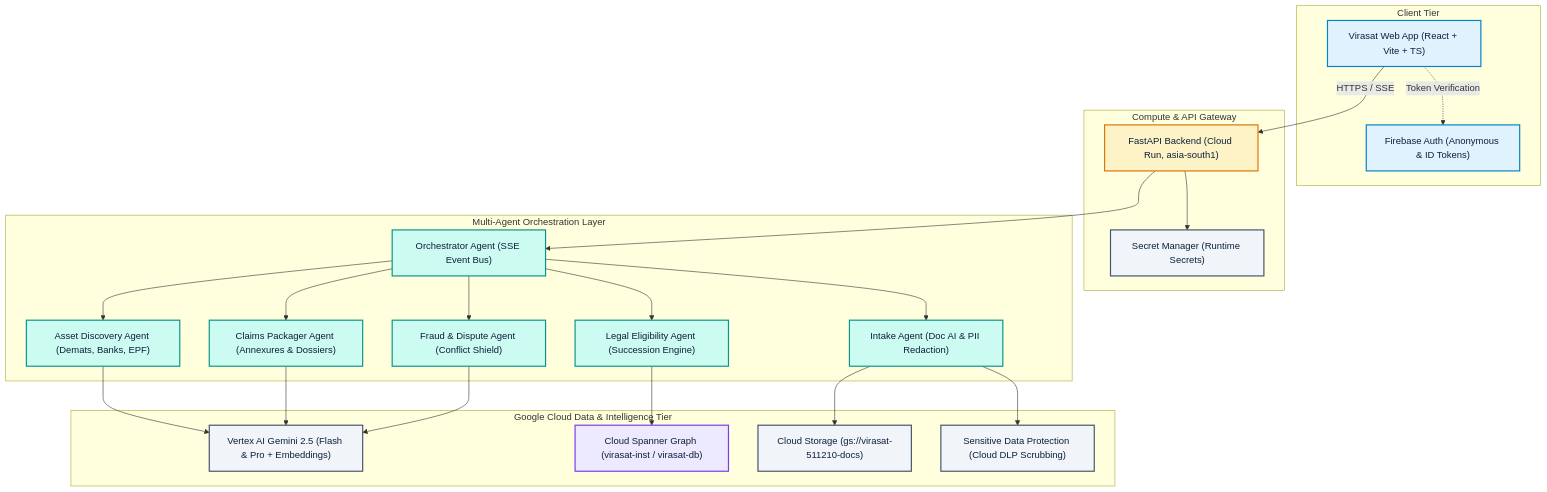
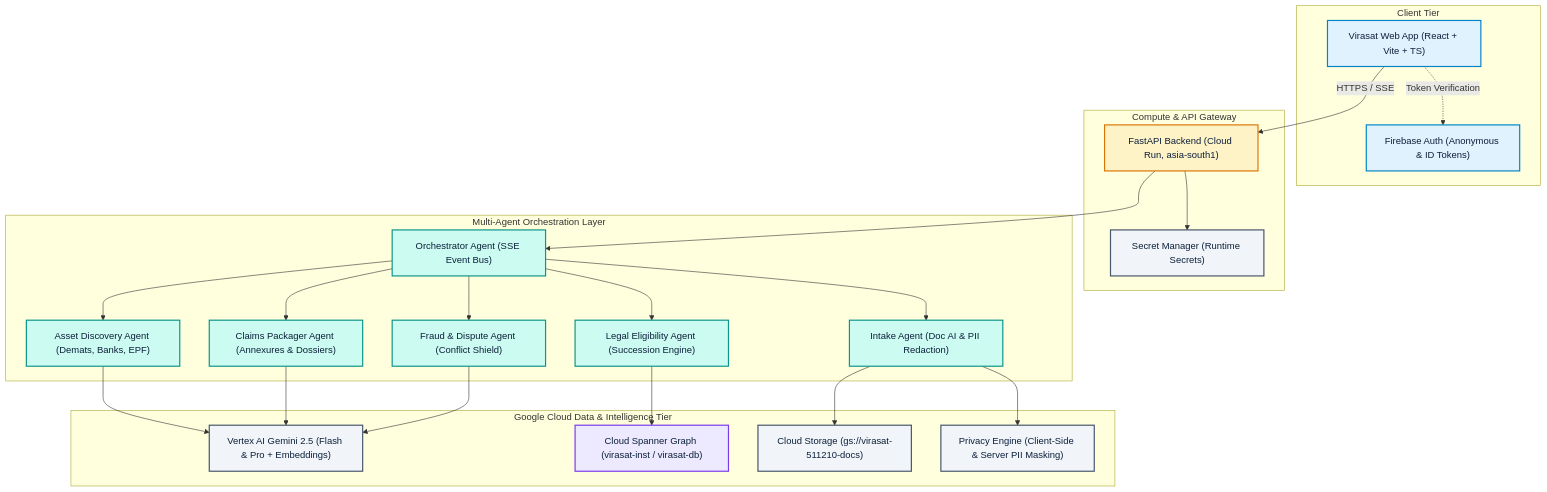
One commit to loksai-dev/Virasat changed the diagram in README.md. Above: the diagram before and after it, drawn with Mermaid. The commit also changed other lines of this file and 64 other files, not shown here.

````diff
--- a/README.md
+++ b/README.md
@@ -74,52 +73,52 @@
 ```mermaid
 flowchart TD
   classDef client fill:#E0F2FE,stroke:#0284C7,stroke-width:2px,color:#0B1F3A;
   classDef api fill:#FEF3C7,stroke:#D97706,stroke-width:2px,color:#0B1F3A;
   classDef agent fill:#CCFBF1,stroke:#0D9488,stroke-width:2px,color:#0B1F3A;
   classDef cloud fill:#F1F5F9,stroke:#475569,stroke-width:2px,color:#0B1F3A;
   classDef db fill:#EDE9FE,stroke:#7C3AED,stroke-width:2px,color:#0B1F3A;
 
   subgraph ClientTier["Client Tier"]
     UI["Virasat Web App (React + Vite + TS)"]:::client
     FBAuth["Firebase Auth (Anonymous & ID Tokens)"]:::client
   end
 
   subgraph RuntimeTier["Compute & API Gateway"]
     API["FastAPI Backend (Cloud Run, asia-south1)"]:::api
     SecMgr["Secret Manager (Runtime Secrets)"]:::cloud
   end
 
   subgraph AgentTier["Multi-Agent Orchestration Layer"]
     Orch["Orchestrator Agent (SSE Event Bus)"]:::agent
     Intake["Intake Agent (Doc AI & PII Redaction)"]:::agent
     Discovery["Asset Discovery Agent (Demats, Banks, EPF)"]:::agent
     Legal["Legal Eligibility Agent (Succession Engine)"]:::agent
     Packager["Claims Packager Agent (Annexures & Dossiers)"]:::agent
     Fraud["Fraud & Dispute Agent (Conflict Shield)"]:::agent
   end
 
   subgraph StorageTier["Google Cloud Data & Intelligence Tier"]
     Vertex["Vertex AI Gemini 2.5 (Flash & Pro + Embeddings)"]:::cloud
     Spanner["Cloud Spanner Graph (virasat-inst / virasat-db)"]:::db
     GCS["Cloud Storage (gs://virasat-511210-docs)"]:::cloud
-    DLP["Sensitive Data Protection (Cloud DLP Scrubbing)"]:::cloud
+    Privacy["Privacy Engine (Client-Side & Server PII Masking)"]:::cloud
   end
 
   UI -->|HTTPS / SSE| API
   UI -.->|Token Verification| FBAuth
   API --> SecMgr
   API --> Orch
 
   Orch --> Intake
   Orch --> Discovery
   Orch --> Legal
   Orch --> Packager
   Orch --> Fraud
 
   Intake --> GCS
-  Intake --> DLP
+  Intake --> Privacy
   Discovery --> Vertex
   Legal --> Spanner
   Packager --> Vertex
   Fraud --> Vertex
 ```
````
